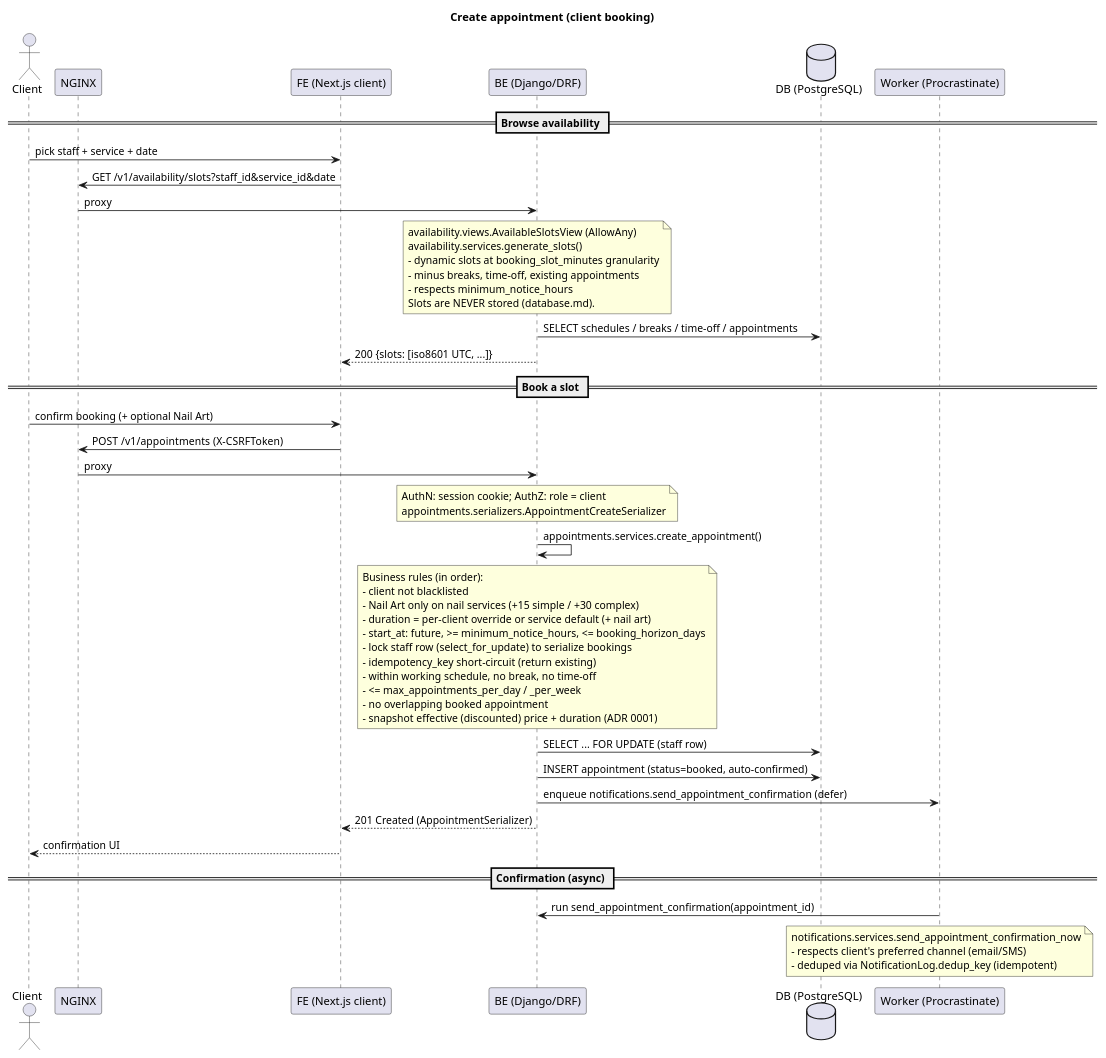
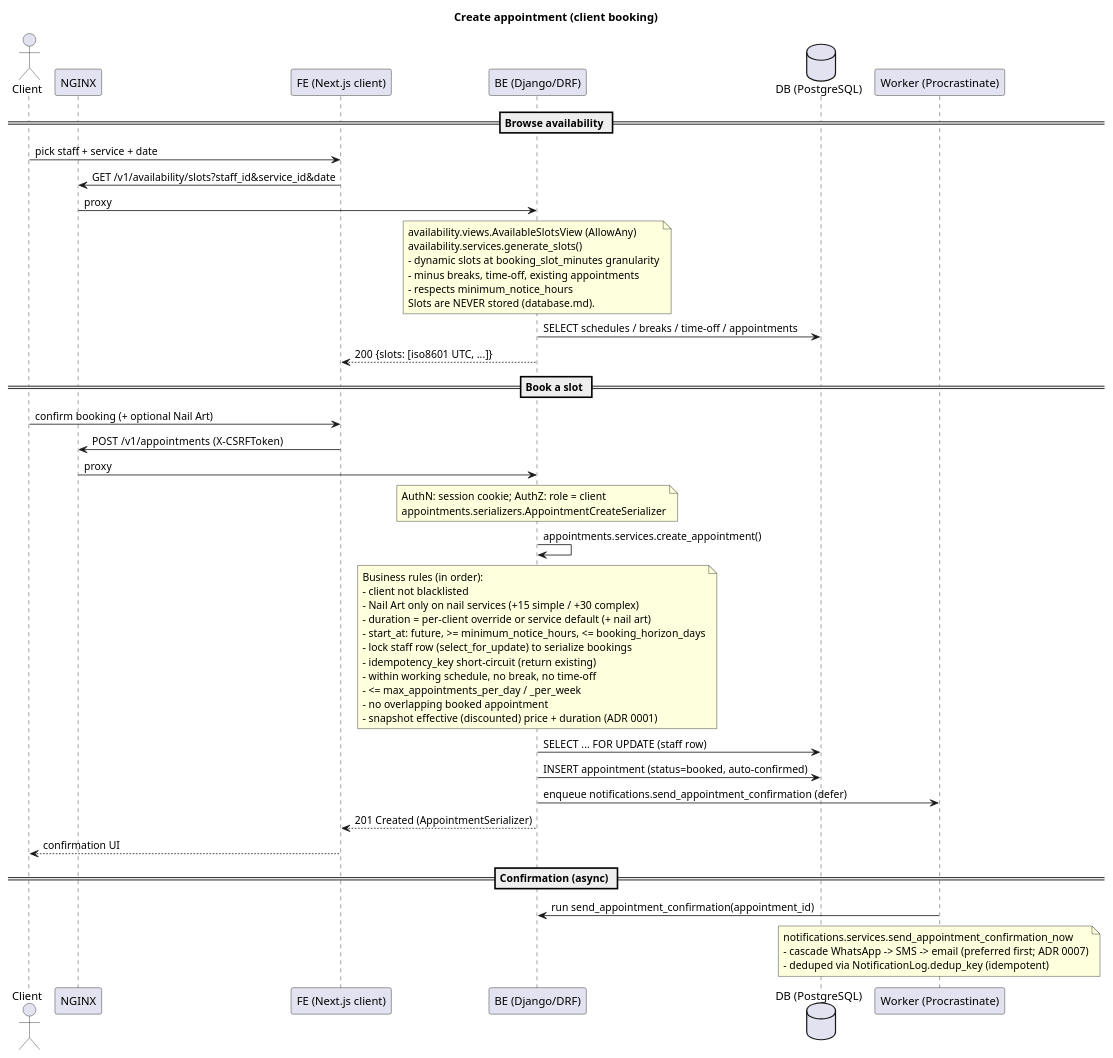
The diagram in docs/flows/create-appointment.puml (diogomaia00/beautystudio), drawn with PlantUML before and after one commit. The commit also changed 7 other files, not shown here.

Commit message:
doc: added new flows

```diff
--- a/docs/flows/create-appointment.puml
+++ b/docs/flows/create-appointment.puml
@@ -1,61 +1,61 @@
 @startuml
 title Create appointment (client booking)
 
 actor Client
 participant "NGINX" as NGINX
 participant "FE (Next.js client)" as FE
 participant "BE (Django/DRF)" as BE
 database "DB (PostgreSQL)" as DB
 participant "Worker (Procrastinate)" as Worker
 
 == Browse availability ==
 Client -> FE : pick staff + service + date
 FE -> NGINX : GET /v1/availability/slots?staff_id&service_id&date
 NGINX -> BE : proxy
 note over BE
   availability.views.AvailableSlotsView (AllowAny)
   availability.services.generate_slots()
   - dynamic slots at booking_slot_minutes granularity
   - minus breaks, time-off, existing appointments
   - respects minimum_notice_hours
   Slots are NEVER stored (database.md).
 end note
 BE -> DB : SELECT schedules / breaks / time-off / appointments
 BE --> FE : 200 {slots: [iso8601 UTC, ...]}
 
 == Book a slot ==
 Client -> FE : confirm booking (+ optional Nail Art)
 FE -> NGINX : POST /v1/appointments  (X-CSRFToken)
 NGINX -> BE : proxy
 note over BE
   AuthN: session cookie; AuthZ: role = client
   appointments.serializers.AppointmentCreateSerializer
 end note
 BE -> BE : appointments.services.create_appointment()
 note over BE
   Business rules (in order):
   - client not blacklisted
   - Nail Art only on nail services (+15 simple / +30 complex)
   - duration = per-client override or service default (+ nail art)
   - start_at: future, >= minimum_notice_hours, <= booking_horizon_days
   - lock staff row (select_for_update) to serialize bookings
   - idempotency_key short-circuit (return existing)
   - within working schedule, no break, no time-off
   - <= max_appointments_per_day / _per_week
   - no overlapping booked appointment
   - snapshot effective (discounted) price + duration (ADR 0001)
 end note
 BE -> DB : SELECT ... FOR UPDATE (staff row)
 BE -> DB : INSERT appointment (status=booked, auto-confirmed)
 BE -> Worker : enqueue notifications.send_appointment_confirmation (defer)
 BE --> FE : 201 Created (AppointmentSerializer)
 FE --> Client : confirmation UI
 
 == Confirmation (async) ==
 Worker -> BE : run send_appointment_confirmation(appointment_id)
 note over Worker
   notifications.services.send_appointment_confirmation_now
-  - respects client's preferred channel (email/SMS)
+  - cascade WhatsApp -> SMS -> email (preferred first; ADR 0007)
   - deduped via NotificationLog.dedup_key (idempotent)
 end note
 @enduml
```
